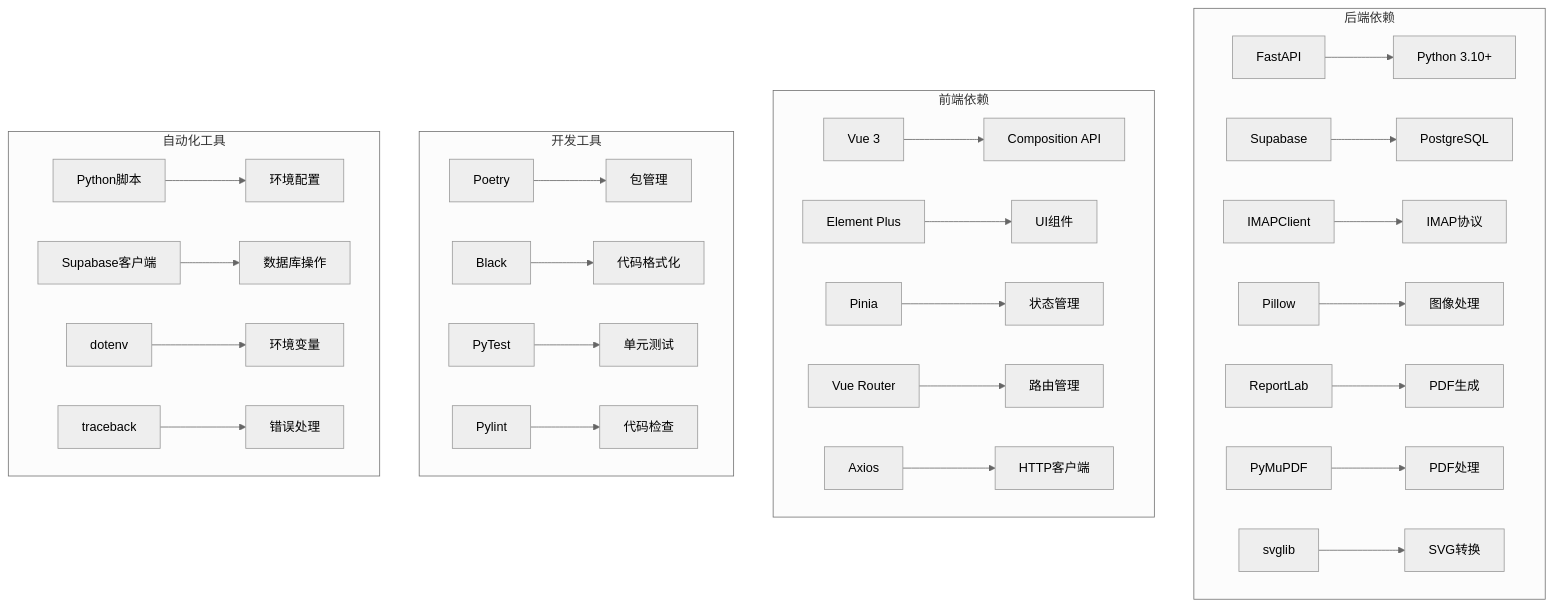
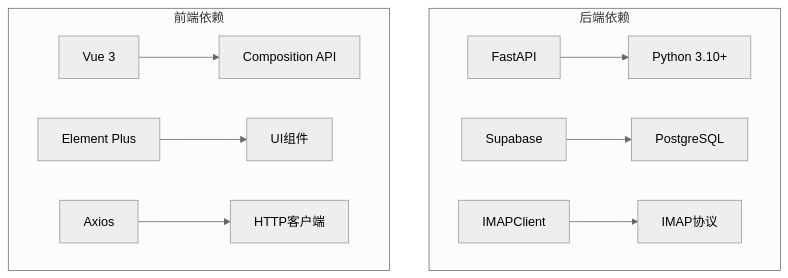
One commit to SY6621/POD-Order-Management changed the eighth of 8 diagrams in .qoder/repowiki/zh/content/开发指南/邮件模板管理系统.md. Above: the diagram before and after it, drawn with Mermaid (neutral theme). The commit also changed other lines of this file and 7 other files, not shown here.

````diff
--- a/.qoder/repowiki/zh/content/开发指南/邮件模板管理系统.md
+++ b/.qoder/repowiki/zh/content/开发指南/邮件模板管理系统.md
@@ -467,31 +302,13 @@
 ```mermaid
 graph TB
 subgraph "后端依赖"
 A[FastAPI] --> B[Python 3.10+]
 C[Supabase] --> D[PostgreSQL]
 E[IMAPClient] --> F[IMAP协议]
-G[Pillow] --> H[图像处理]
-I[ReportLab] --> J[PDF生成]
-K[PyMuPDF] --> L[PDF处理]
-M[svglib] --> N[SVG转换]
 end
 subgraph "前端依赖"
 O[Vue 3] --> P[Composition API]
 Q[Element Plus] --> R[UI组件]
-S[Pinia] --> T[状态管理]
-U[Vue Router] --> V[路由管理]
 W[Axios] --> X[HTTP客户端]
 end
-subgraph "开发工具"
-Y[Poetry] --> Z[包管理]
-AA[Black] --> BB[代码格式化]
-CC[PyTest] --> DD[单元测试]
-EE[Pylint] --> FF[代码检查]
-end
-subgraph "自动化工具"
-GG[Python脚本] --> HH[环境配置]
-II[Supabase客户端] --> JJ[数据库操作]
-KK[dotenv] --> LL[环境变量]
-MM[traceback] --> NN[错误处理]
-end
 ```
````
